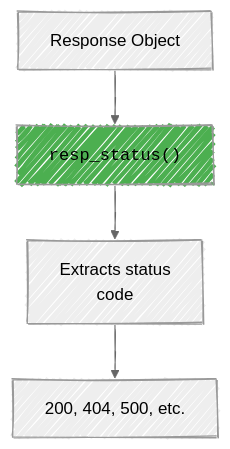
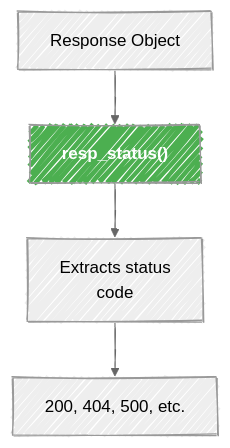
Before and after one commit to mjfrigaard/do4ds-labs: the ninth of 10 diagrams in r-app-api.qmd, drawn with Mermaid. The commit also changed other lines of this file and 34 other files, not shown here.

Commit message:
updates to mermaid

````diff
--- a/r-app-api.qmd
+++ b/r-app-api.qmd
@@ -682,13 +713,13 @@
 ```{mermaid}
 %%| fig-width: 6.5
 %%| fig-align: center
 %%{init: {'theme': 'neutral', 'look': 'handDrawn', 'themeVariables': { 'fontFamily': 'monospace'}}}%%
 
 graph TD
-	A[Response Object] --> B["<code>resp_status()</code>"]
+	A[Response Object] --> B["<strong>resp_status()</strong>"]
 	B --> C["Extracts status<br>code"]
 	C --> D["200, 404, 500, etc."]
 
-style B fill:#4caf50
+style B fill:#4caf50,color:#fff
 
 ```
````
